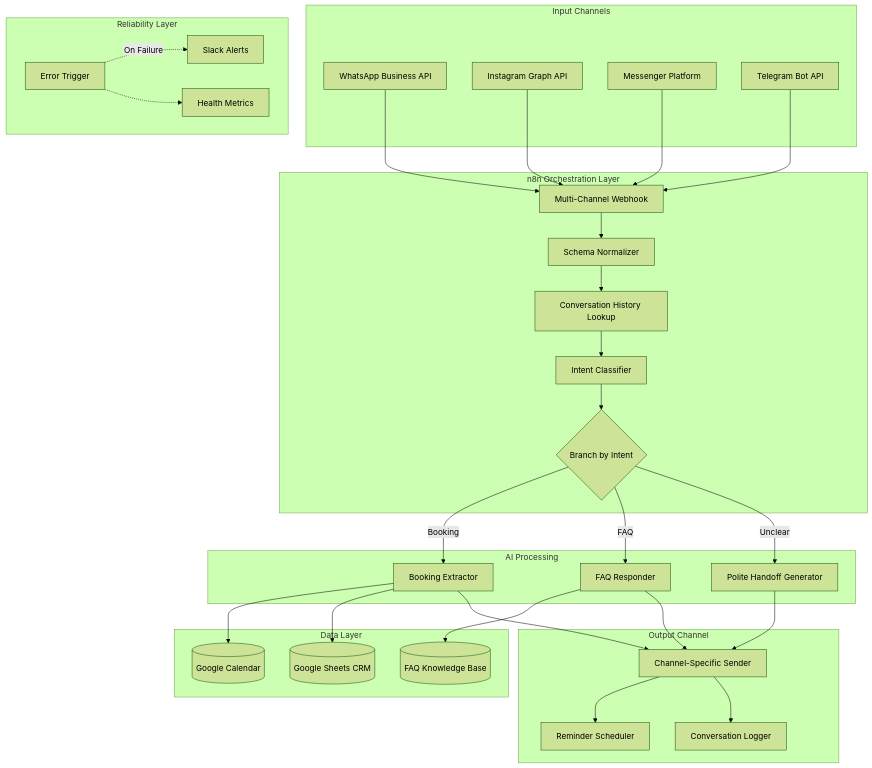
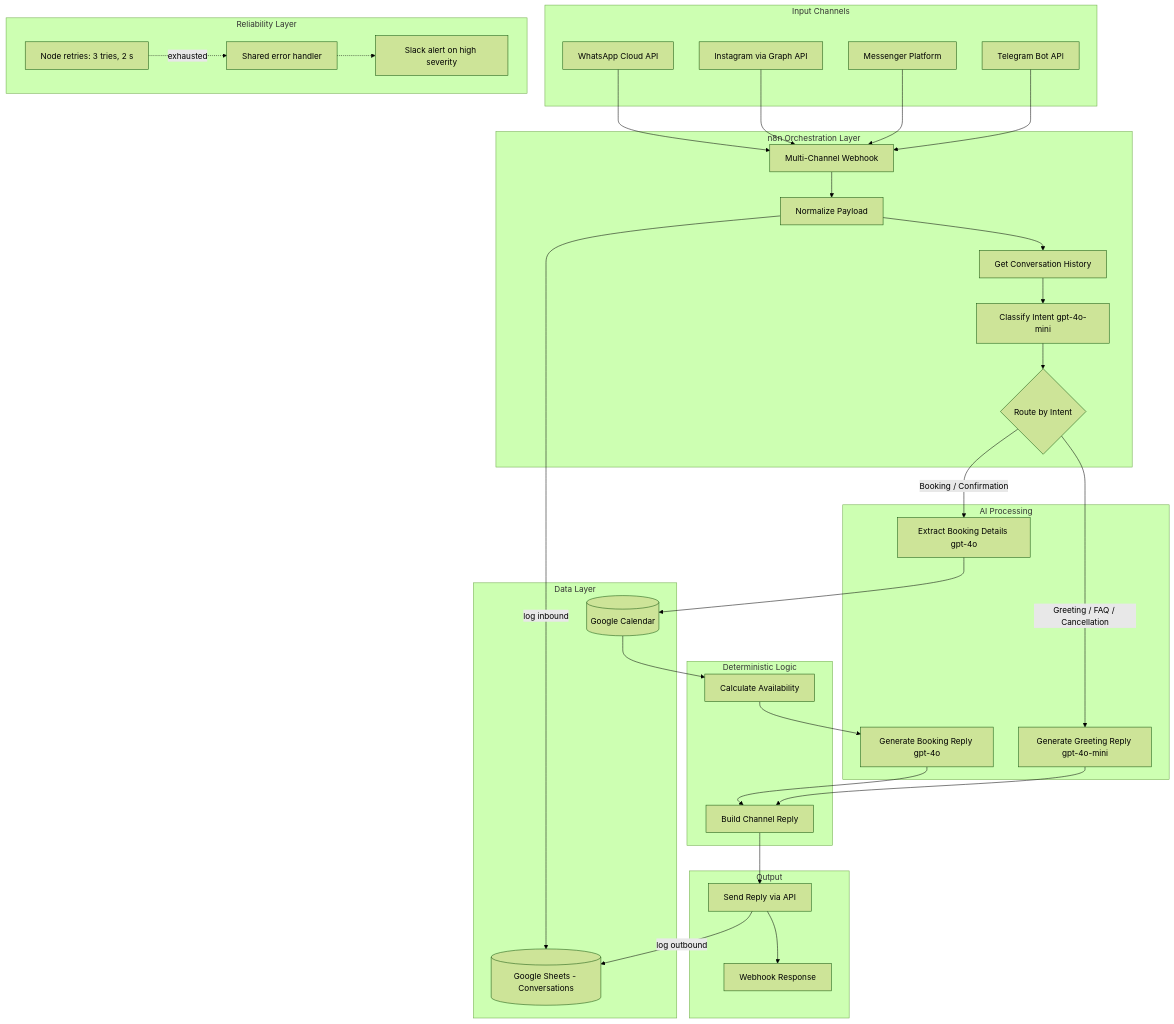
Before and after one commit to khaledabdelaziz1330-dot/Khaled-AI-Automation-Portfolio: the second of 2 diagrams in clinic-booking-system/architecture.md, drawn with Mermaid (forest theme). The commit also changed other lines of this file and 50 other files, not shown here.

First line of the commit message:
Align portfolio docs with workflow exports; add shared error handler

````diff
--- a/clinic-booking-system/architecture.md
+++ b/clinic-booking-system/architecture.md
@@ -25,63 +26,66 @@
 ```mermaid
 flowchart TD
     subgraph Channels [Input Channels]
-        WA[WhatsApp Business API]
-        IG[Instagram Graph API]
+        WA[WhatsApp Cloud API]
+        IG[Instagram via Graph API]
         FB[Messenger Platform]
         TG[Telegram Bot API]
     end
 
     subgraph Orchestration [n8n Orchestration Layer]
         WH[Multi-Channel Webhook]
-        NORM[Schema Normalizer]
-        HIST[Conversation History Lookup]
-        IC[Intent Classifier]
-        BR{Branch by Intent}
+        NORM[Normalize Payload]
+        HIST[Get Conversation History]
+        IC[Classify Intent gpt-4o-mini]
+        BR{Route by Intent}
     end
 
     subgraph AI [AI Processing]
-        EXT[Booking Extractor]
-        FAQ_AI[FAQ Responder]
-        FALLBACK[Polite Handoff Generator]
+        EXT[Extract Booking Details gpt-4o]
+        BOOK_AI[Generate Booking Reply gpt-4o]
+        GREET_AI[Generate Greeting Reply gpt-4o-mini]
+    end
+
+    subgraph Logic [Deterministic Logic]
+        AVAIL[Calculate Availability]
+        BUILD[Build Channel Reply]
     end
 
     subgraph DataLayer [Data Layer]
-        SHEETS[(Google Sheets CRM)]
+        SHEETS[(Google Sheets - Conversations)]
         CAL[(Google Calendar)]
-        KB[(FAQ Knowledge Base)]
     end
 
-    subgraph Output [Output Channel]
-        SEND[Channel-Specific Sender]
-        REMIND[Reminder Scheduler]
-        LOG[Conversation Logger]
+    subgraph Output [Output]
+        SEND[Send Reply via API]
+        RESP[Webhook Response]
     end
 
     subgraph Monitoring [Reliability Layer]
-        ERR[Error Trigger]
-        ALERT[Slack Alerts]
-        METRIC[Health Metrics]
+        RETRY[Node retries: 3 tries, 2 s]
+        ERR[Shared error handler]
+        ALERT[Slack alert on high severity]
     end
 
     WA --> WH
     IG --> WH
     FB --> WH
     TG --> WH
     WH --> NORM
+    NORM -->|log inbound| SHEETS
     NORM --> HIST
     HIST --> IC
     IC --> BR
-    BR -->|Booking| EXT
-    BR -->|FAQ| FAQ_AI
-    BR -->|Unclear| FALLBACK
+    BR -->|Booking / Confirmation| EXT
+    BR -->|Greeting / FAQ / Cancellation| GREET_AI
     EXT --> CAL
-    EXT --> SHEETS
-    FAQ_AI --> KB
-    EXT --> SEND
-    FAQ_AI --> SEND
-    FALLBACK --> SEND
-    SEND --> REMIND
-    SEND --> LOG
-    ERR -.->|On Failure| ALERT
-    ERR -.-> METRIC
+    CAL --> AVAIL
+    AVAIL --> BOOK_AI
+    BOOK_AI --> BUILD
+    GREET_AI --> BUILD
+    BUILD --> SEND
+    SEND -->|log outbound| SHEETS
+    SEND --> RESP
+    RETRY -.->|exhausted| ERR
+    ERR -.-> ALERT
 ```
````
